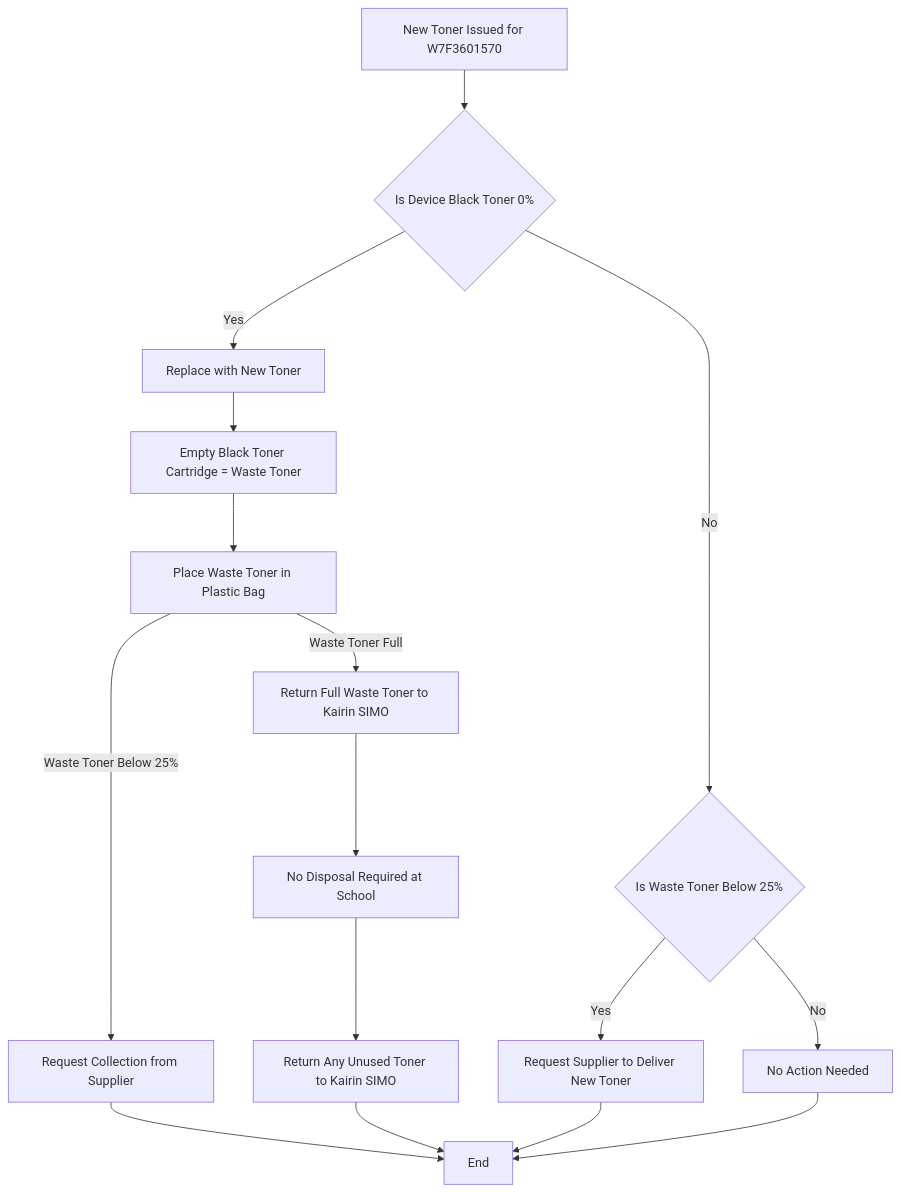
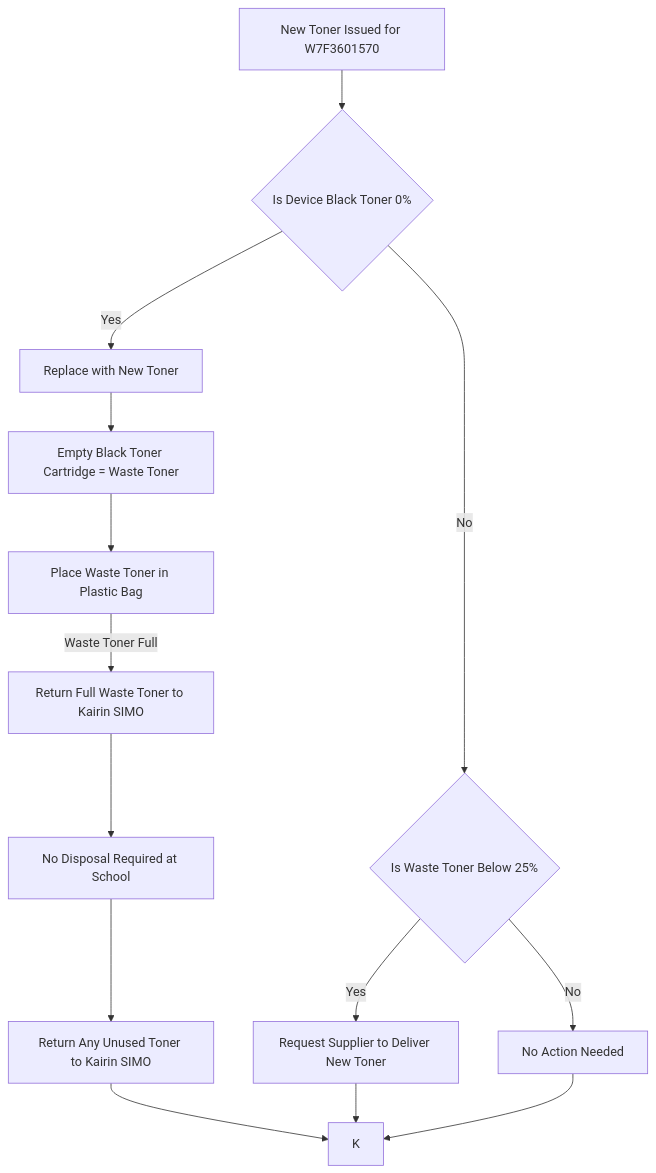
Before and after one commit to kairin/mermaid: the diagram in CAS/Kyocera/disposal.md, drawn with Mermaid.

````diff
--- a/CAS/Kyocera/disposal.md
+++ b/CAS/Kyocera/disposal.md
@@ -1,18 +1,16 @@
 ```mermaid
 graph TD
     A[New Toner Issued for W7F3601570] --> B{Is Device Black Toner 0%}
     B -- Yes --> C[Replace with New Toner]
     B -- No --> L{Is Waste Toner Below 25%}
     C --> D[Empty Black Toner Cartridge = Waste Toner]
     D --> E[Place Waste Toner in Plastic Bag]
-    E -- Waste Toner Below 25% --> F[Request Collection from Supplier]
     E -- Waste Toner Full --> G[Return Full Waste Toner to Kairin SIMO]
     G --> H[No Disposal Required at School]
     H --> I[Return Any Unused Toner to Kairin SIMO]
-    F --> K[End]
     L -- Yes --> M[Request Supplier to Deliver New Toner]
     L -- No --> J[No Action Needed]
     J --> K
     I --> K
     M --> K
 ```
````
